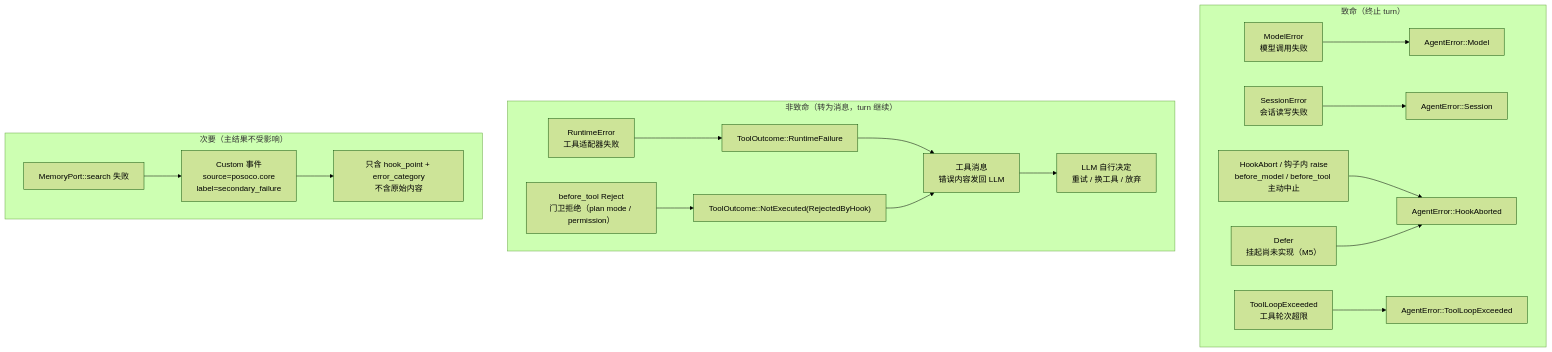
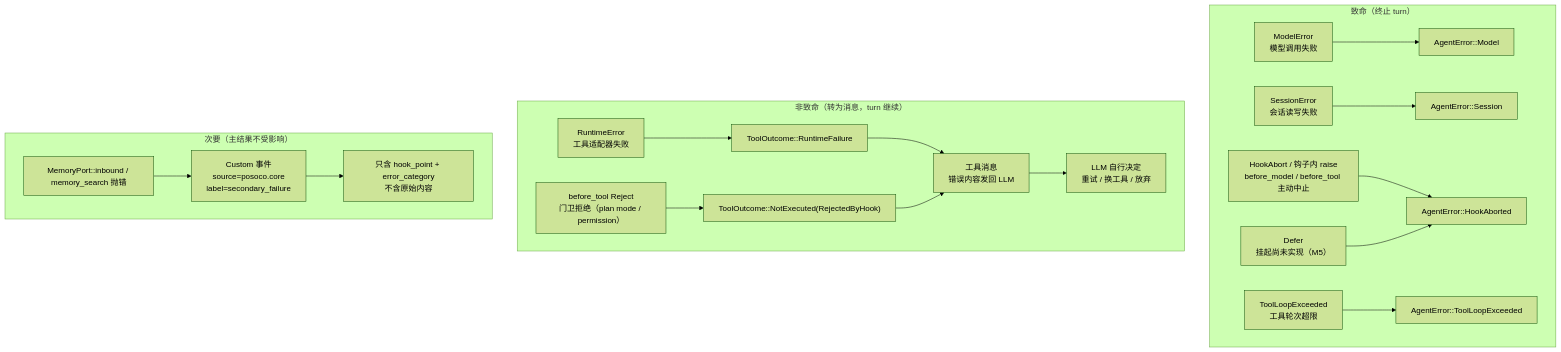
One commit to colmugx/posoco changed the fifth of 5 diagrams in docs/02-architecture.md. Above: the diagram before and after it, drawn with Mermaid (forest theme). The commit also changed other lines of this file and 6 other files, not shown here.

````diff
--- a/docs/02-architecture.md
+++ b/docs/02-architecture.md
@@ -254,23 +254,23 @@
 ```mermaid
 flowchart TD
   subgraph "致命（终止 turn）"
     M_ERR["ModelError<br/>模型调用失败"] --> AGENT["AgentError::Model"]
     S_ERR["SessionError<br/>会话读写失败"] --> AGENT2["AgentError::Session"]
     H_ABORT["HookAbort / 钩子内 raise<br/>before_model / before_tool 主动中止"] --> AGENT3["AgentError::HookAborted"]
     H_DEFER["Defer<br/>挂起尚未实现（M5）"] --> AGENT3
     T_LOOP["ToolLoopExceeded<br/>工具轮次超限"] --> AGENT4["AgentError::ToolLoopExceeded"]
   end
 
   subgraph "非致命（转为消息，turn 继续）"
     R_ERR["RuntimeError<br/>工具适配器失败"] --> TOOL_RESULT["ToolOutcome::RuntimeFailure"]
     TOOL_RESULT --> MSG["工具消息<br/>错误内容发回 LLM"]
     H_REJECT["before_tool Reject<br/>门卫拒绝（plan mode / permission）"] --> NOT_EXEC["ToolOutcome::NotExecuted(RejectedByHook)"]
     NOT_EXEC --> MSG
     MSG --> LLM_DECIDE["LLM 自行决定<br/>重试 / 换工具 / 放弃"]
   end
 
   subgraph "次要（主结果不受影响）"
-    AFTER_HOOK["MemoryPort::search 失败"] --> DIAG["Custom 事件<br/>source=posoco.core<br/>label=secondary_failure"]
+    AFTER_HOOK["MemoryPort::inbound / memory_search 抛错"] --> DIAG["Custom 事件<br/>source=posoco.core<br/>label=secondary_failure"]
     DIAG --> SAFE_FIELDS["只含 hook_point + error_category<br/>不含原始内容"]
   end
 ```
````
